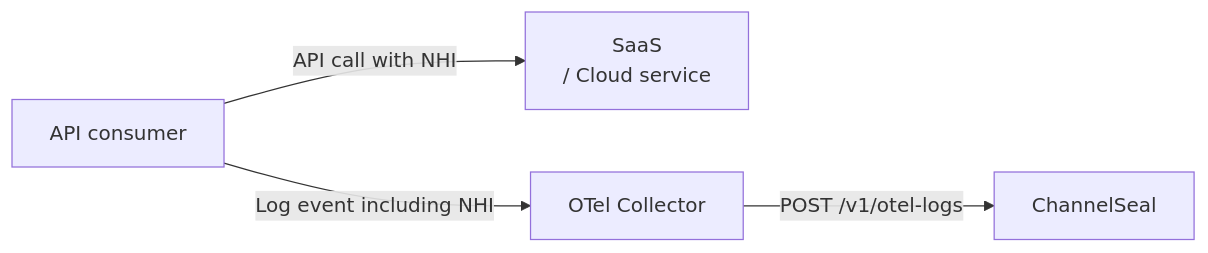
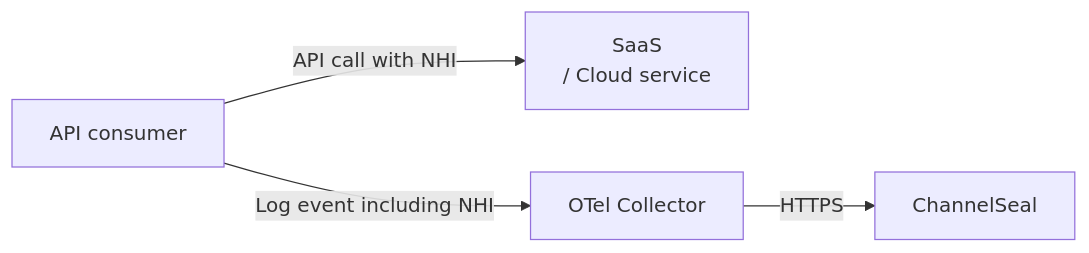
One commit to channelseal/integrations changed the seventh of 7 diagrams in otlp-collector/README.md. Above: the diagram before and after it, drawn with Mermaid. The commit also changed other lines of this file, not shown here.

````diff
--- a/otlp-collector/README.md
+++ b/otlp-collector/README.md
@@ -284,5 +307,5 @@
 ```mermaid
 graph LR
     A[API consumer]-->|API call with NHI|S[SaaS <br/>/ Cloud service]
-    A[API consumer]-->|Log event including NHI|C[OTel Collector] -->|POST /v1/otel-logs| B[ChannelSeal]
+    A[API consumer]-->|Log event including NHI|C[OTel Collector] -->|HTTPS| B[ChannelSeal]
 ```
````
